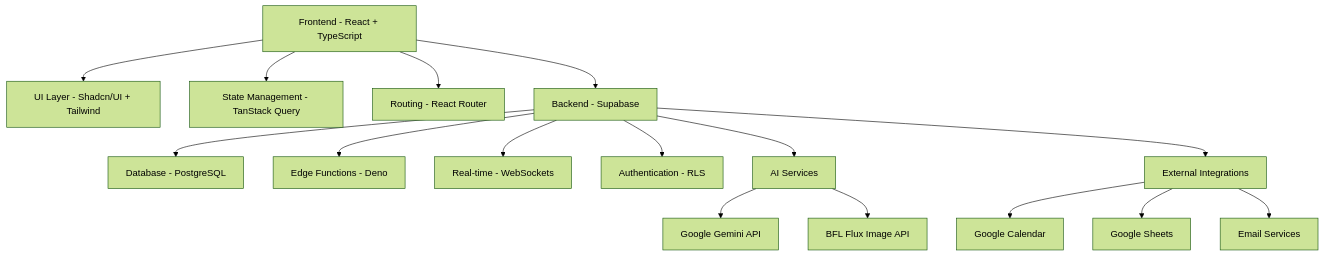
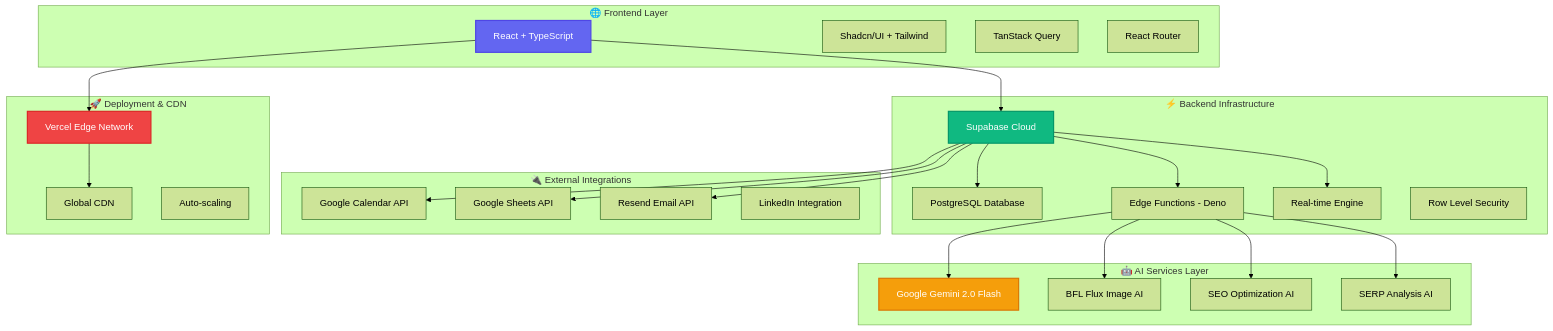
The second of 18 diagrams in README.md (vikram-agentic/agenticai-ltd), drawn with Mermaid (forest theme) before and after one commit. The commit also changed other lines of this file and 2 other files, not shown here.

````diff
--- a/README.md
+++ b/README.md
@@ -52,22 +93,56 @@
 ```mermaid
 graph TB
-    A[Frontend - React + TypeScript] --> B[UI Layer - Shadcn/UI + Tailwind]
-    A --> C[State Management - TanStack Query]
-    A --> D[Routing - React Router]
+    subgraph "🌐 Frontend Layer"
+        A[React + TypeScript]
+        B[Shadcn/UI + Tailwind]
+        C[TanStack Query]
+        D[React Router]
+    end
     
-    E[Backend - Supabase] --> F[Database - PostgreSQL]
-    E --> G[Edge Functions - Deno]
-    E --> H[Real-time - WebSockets]
-    E --> I[Authentication - RLS]
+    subgraph "⚡ Backend Infrastructure"
+        E[Supabase Cloud]
+        F[PostgreSQL Database]
+        G[Edge Functions - Deno]
+        H[Real-time Engine]
+        I[Row Level Security]
+    end
     
-    J[AI Services] --> K[Google Gemini API]
-    J --> L[BFL Flux Image API]
+    subgraph "🤖 AI Services Layer"
+        J[Google Gemini 2.0 Flash]
+        K[BFL Flux Image AI]
+        L[SEO Optimization AI]
+        M[SERP Analysis AI]
+    end
     
-    M[External Integrations] --> N[Google Calendar]
-    M --> O[Google Sheets]
-    M --> P[Email Services]
+    subgraph "🔌 External Integrations"
+        N[Google Calendar API]
+        O[Google Sheets API]
+        P[Resend Email API]
+        Q[LinkedIn Integration]
+    end
+    
+    subgraph "🚀 Deployment & CDN"
+        R[Vercel Edge Network]
+        S[Global CDN]
+        T[Auto-scaling]
+    end
     
     A --> E
-    E --> J
-    E --> M
+    E --> F
+    E --> G
+    E --> H
+    G --> J
+    G --> K
+    G --> L
+    G --> M
+    E --> N
+    E --> O
+    E --> P
+    A --> R
+    R --> S
+    
+    style A fill:#6366f1,stroke:#4f46e5,stroke-width:2px,color:#fff
+    style E fill:#10b981,stroke:#059669,stroke-width:2px,color:#fff
+    style J fill:#f59e0b,stroke:#d97706,stroke-width:2px,color:#fff
+    style R fill:#ef4444,stroke:#dc2626,stroke-width:2px,color:#fff
 ```
````
